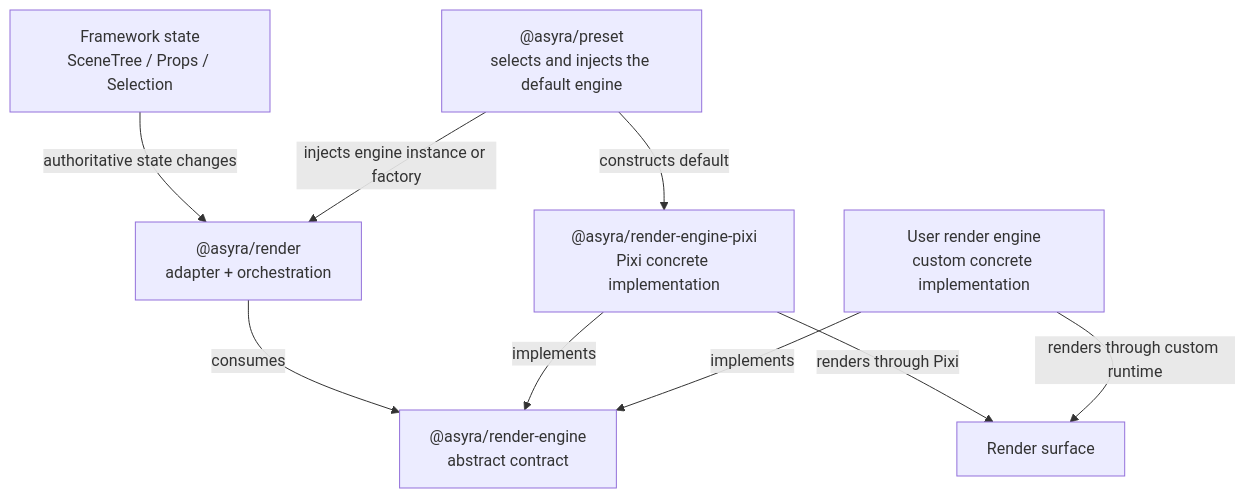
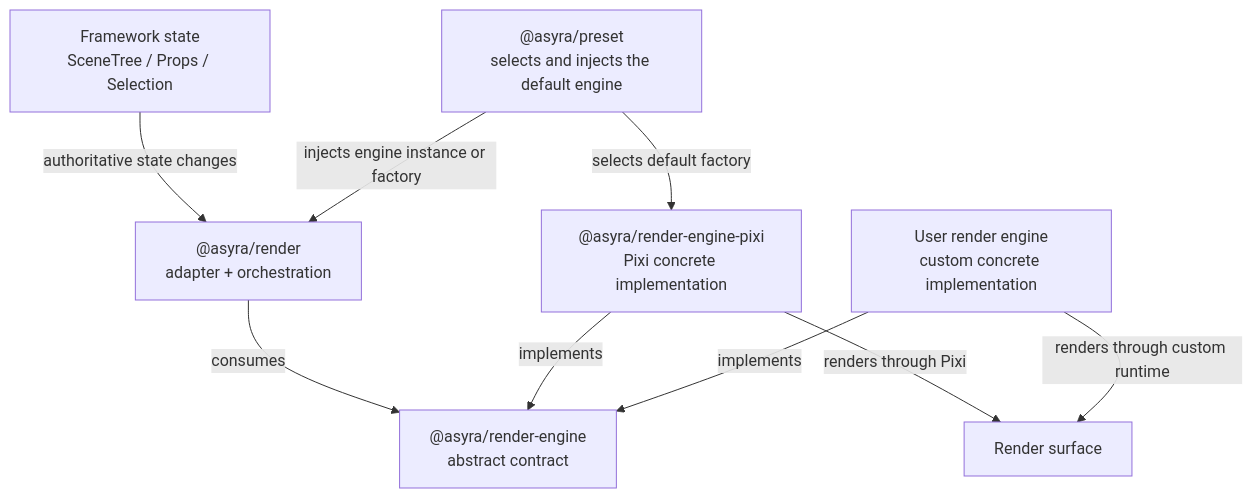
The diagram in docs/ai/framework/ARCHITECTURE.md (karote00/asra), drawn with Mermaid before and after one commit. The commit also changed 1 other file, not shown here.

Commit message:
docs(render): clarify preset factory ownership

````diff
--- a/docs/ai/framework/ARCHITECTURE.md
+++ b/docs/ai/framework/ARCHITECTURE.md
@@ -43,19 +43,19 @@
 ```mermaid
 flowchart TD
   state["Framework state<br/>SceneTree / Props / Selection"]
   preset["@asyra/preset<br/>selects and injects the default engine"]
   render["@asyra/render<br/>adapter + orchestration"]
   contract["@asyra/render-engine<br/>abstract contract"]
   pixi["@asyra/render-engine-pixi<br/>Pixi concrete implementation"]
   custom["User render engine<br/>custom concrete implementation"]
   surface["Render surface"]
 
   state -->|authoritative state changes| render
-  preset -->|constructs default| pixi
+  preset -->|selects default factory| pixi
   preset -->|injects engine instance or factory| render
   render -->|consumes| contract
   pixi -->|implements| contract
   custom -->|implements| contract
   pixi -->|renders through Pixi| surface
   custom -->|renders through custom runtime| surface
 ```
````
